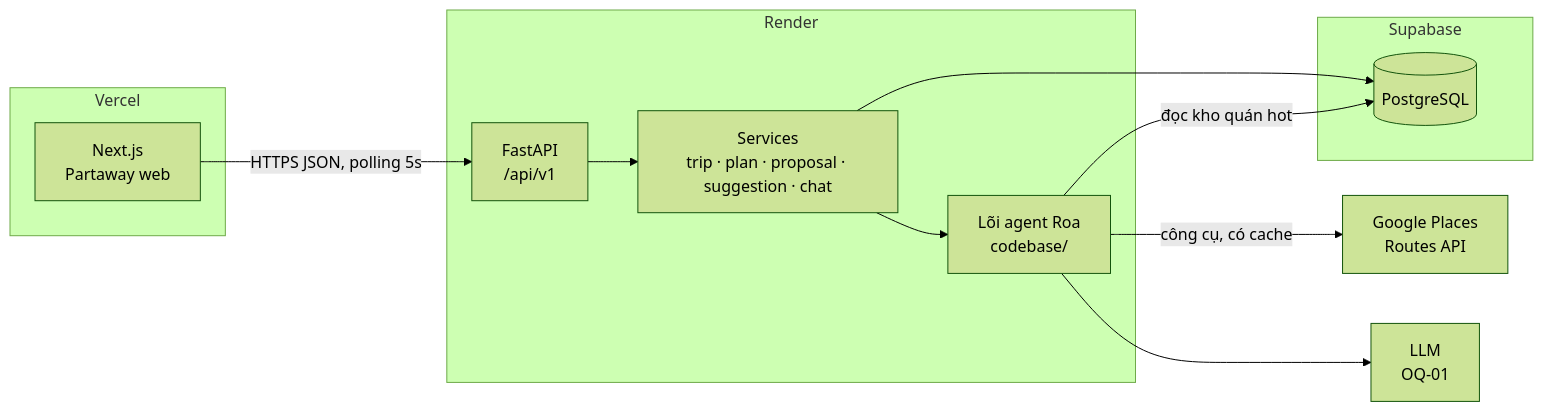
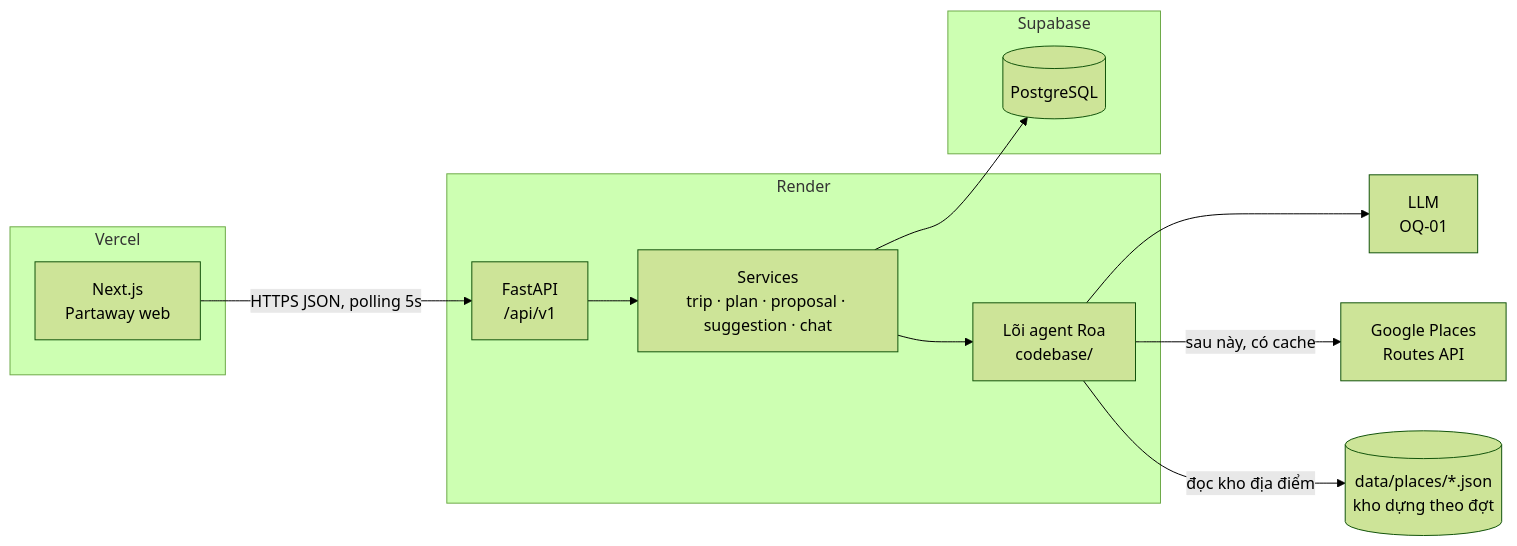
One commit to onedvu315itech/K5-Day15-L3A-Spiritup changed the first of 3 diagrams in ARCHITECTURE.md. Above: the diagram before and after it, drawn with Mermaid (forest theme). The commit also changed other lines of this file and 2 other files, not shown here.

Commit message:
Thiết kế flow diagram cho Roa agent

````diff
--- a/ARCHITECTURE.md
+++ b/ARCHITECTURE.md
@@ -24,23 +24,23 @@
 ```mermaid
 flowchart LR
   subgraph Vercel
     FE[Next.js<br/>Partaway web]
   end
   subgraph Render
     API[FastAPI<br/>/api/v1]
     SVC[Services<br/>trip · plan · proposal · suggestion · chat]
     ROA[Lõi agent Roa<br/>codebase/]
   end
   subgraph Supabase
     DB[(PostgreSQL)]
   end
   G[Google Places<br/>Routes API]
   LLM[LLM<br/>OQ-01]
   FE -- HTTPS JSON, polling 5s --> API
   API --> SVC
   SVC --> DB
   SVC --> ROA
   ROA --> LLM
-  ROA -- công cụ, có cache --> G
-  ROA -- đọc kho quán hot --> DB
+  ROA -- sau này, có cache --> G
+  ROA -- đọc kho địa điểm --> ST[(data/places/*.json<br/>kho dựng theo đợt)]
 ```
````
